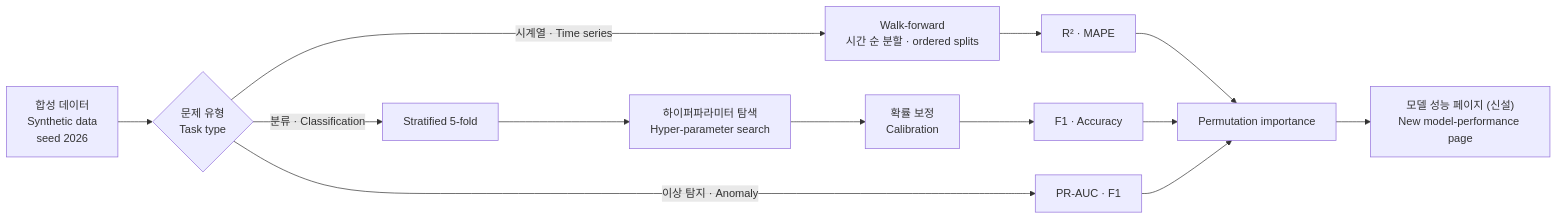
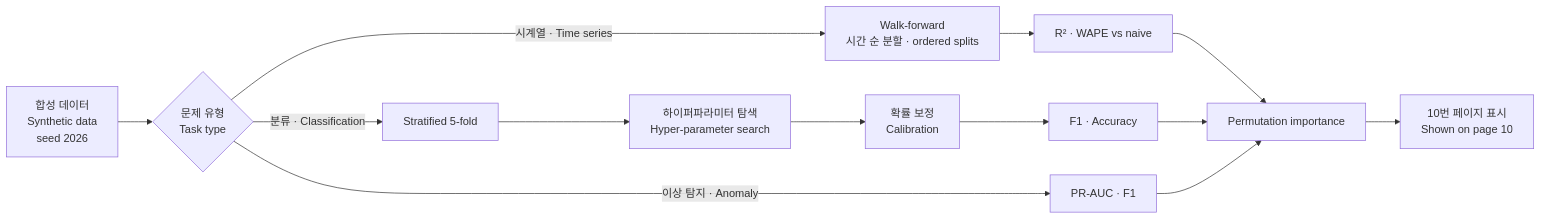
One commit to limpst/ax-sprint-prototype changed the eighth of 12 diagrams in README.md. Above: the diagram before and after it, drawn with Mermaid. The commit also changed other lines of this file and 6 other files, not shown here.

````diff
--- a/README.md
+++ b/README.md
@@ -347,13 +364,13 @@
 ```mermaid
 flowchart LR
     G["합성 데이터<br/>Synthetic data<br/>seed 2026"] --> K{"문제 유형<br/>Task type"}
     K -- "분류 · Classification" --> CV["Stratified 5-fold"]
     K -- "시계열 · Time series" --> WF["Walk-forward<br/>시간 순 분할 · ordered splits"]
     K -- "이상 탐지 · Anomaly" --> PR["PR-AUC · F1"]
     CV --> T["하이퍼파라미터 탐색<br/>Hyper-parameter search"]
     T --> CAL["확률 보정<br/>Calibration"]
-    WF --> MET["R² · MAPE"]
+    WF --> MET["R² · WAPE vs naive"]
     CAL --> MET2["F1 · Accuracy"]
     MET & MET2 & PR --> PI["Permutation importance"]
-    PI --> UI["모델 성능 페이지 (신설)<br/>New model-performance page"]
+    PI --> UI["10번 페이지 표시<br/>Shown on page 10"]
 ```
````
